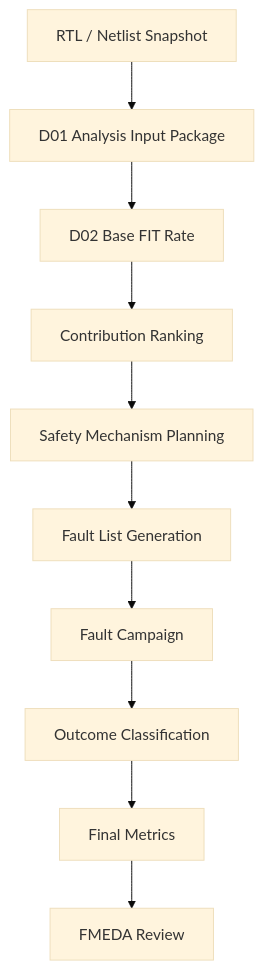
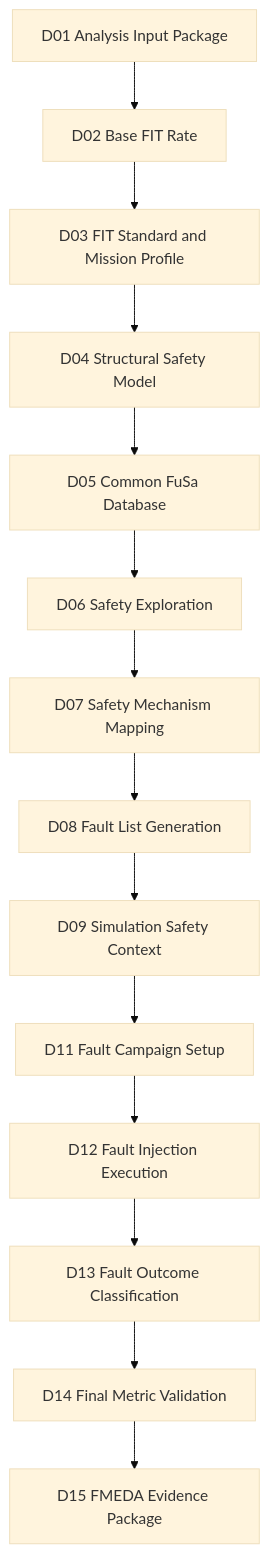
Before and after one commit to qiqixixi1001/automotive-safeic-practice: the second of 4 diagrams in articles/02_automotive_safeic_practice_d02_github_en_generic.md, drawn with Mermaid (base theme). The commit also changed other lines of this file, not shown here.

````diff
--- a/articles/02_automotive_safeic_practice_d02_github_en_generic.md
+++ b/articles/02_automotive_safeic_practice_d02_github_en_generic.md
@@ -213,12 +170,16 @@
 ```mermaid
 flowchart TD
-    A[RTL / Netlist Snapshot] --> B[D01 Analysis Input Package]
-    B --> C[D02 Base FIT Rate]
-    C --> D[Contribution Ranking]
-    D --> E[Safety Mechanism Planning]
-    E --> F[Fault List Generation]
-    F --> G[Fault Campaign]
-    G --> H[Outcome Classification]
-    H --> I[Final Metrics]
-    I --> J[FMEDA Review]
+    D01[D01 Analysis Input Package] --> D02[D02 Base FIT Rate]
+    D02 --> D03[D03 FIT Standard and Mission Profile]
+    D03 --> D04[D04 Structural Safety Model]
+    D04 --> D05[D05 Common FuSa Database]
+    D05 --> D06[D06 Safety Exploration]
+    D06 --> D07[D07 Safety Mechanism Mapping]
+    D07 --> D08[D08 Fault List Generation]
+    D08 --> D09[D09 Simulation Safety Context]
+    D09 --> D11[D11 Fault Campaign Setup]
+    D11 --> D12[D12 Fault Injection Execution]
+    D12 --> D13[D13 Fault Outcome Classification]
+    D13 --> D14[D14 Final Metric Validation]
+    D14 --> D15[D15 FMEDA Evidence Package]
 ```
````
